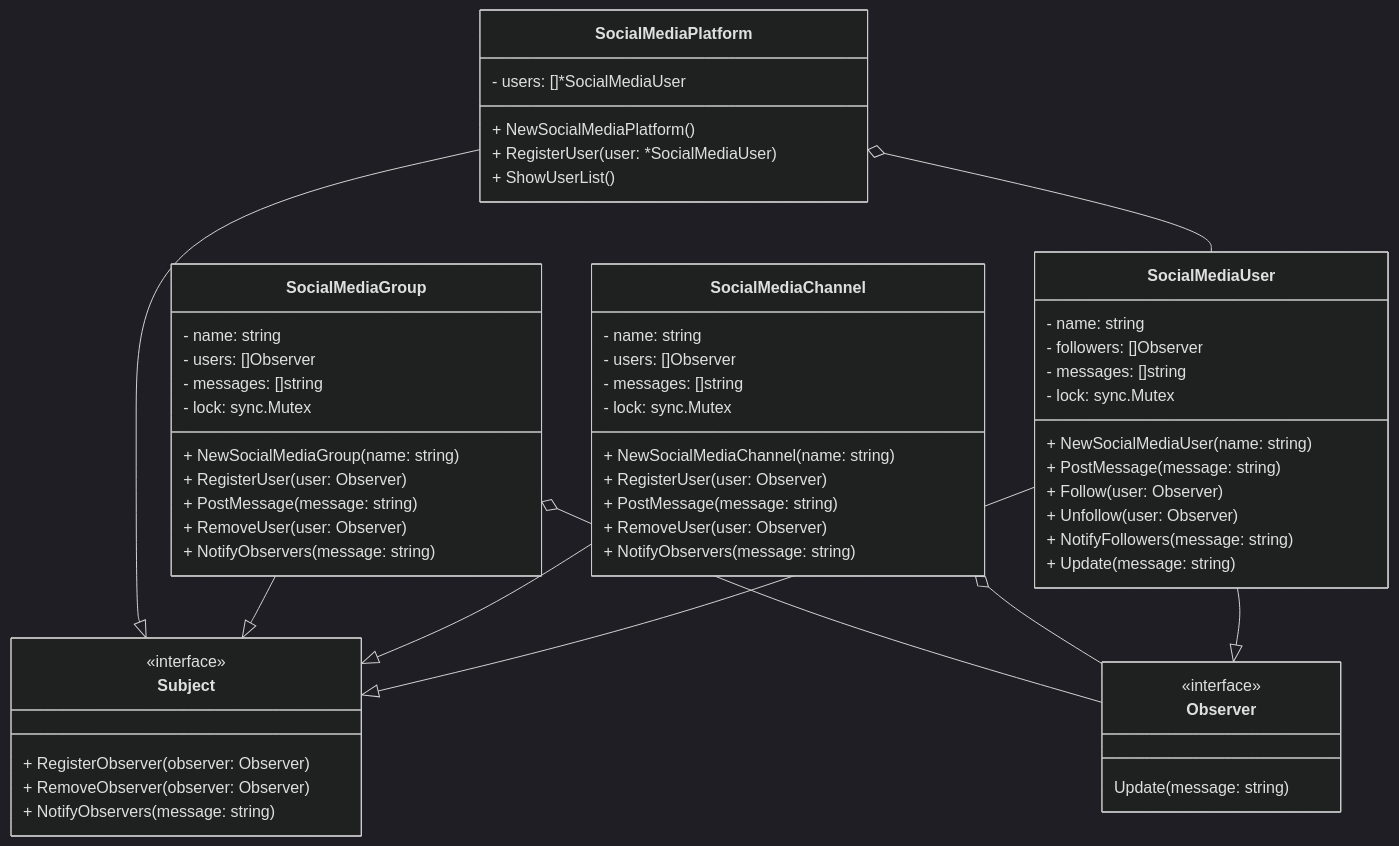
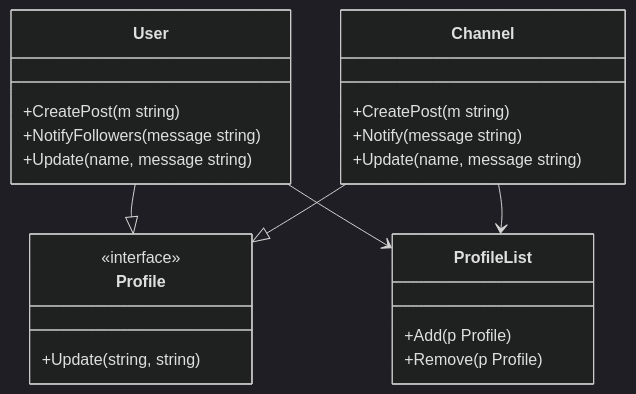
One commit to i-ms/design-pattern-golang changed the first of 2 diagrams in behavioral/observer/Readme.md. Above: the diagram before and after it, drawn with Mermaid (dark theme). The commit also changed other lines of this file and 2 other files, not shown here.

Commit message:
chore : refactoring

````diff
--- a/behavioral/observer/Readme.md
+++ b/behavioral/observer/Readme.md
@@ -55,67 +49,26 @@
 ```mermaid
 classDiagram
-    class SocialMediaUser {
-        - name: string
-        - followers: []Observer
-        - messages: []string
-        - lock: sync.Mutex
-        + NewSocialMediaUser(name: string)
-        + PostMessage(message: string)
-        + Follow(user: Observer)
-        + Unfollow(user: Observer)
-        + NotifyFollowers(message: string)
-        + Update(message: string)
+    class User {
+        +CreatePost(m string)
+        +NotifyFollowers(message string)
+        +Update(name, message string)
     }
+    class Channel {
+        +CreatePost(m string)
+        +Notify(message string)
+        +Update(name, message string)
+    }
+    class Profile {
+        <<interface>>
+        +Update(string, string)
+    }
+    class ProfileList {
+        +Add(p Profile)
+        +Remove(p Profile)
+    }
+    User --|> Profile
+    Channel --|> Profile
+    User --> ProfileList
+    Channel --> ProfileList
 
-    class SocialMediaChannel {
-        - name: string
-        - users: []Observer
-        - messages: []string
-        - lock: sync.Mutex
-        + NewSocialMediaChannel(name: string)
-        + RegisterUser(user: Observer)
-        + PostMessage(message: string)
-        + RemoveUser(user: Observer)
-        + NotifyObservers(message: string)
-    }
-
-    class SocialMediaGroup {
-        - name: string
-        - users: []Observer
-        - messages: []string
-        - lock: sync.Mutex
-        + NewSocialMediaGroup(name: string)
-        + RegisterUser(user: Observer)
-        + PostMessage(message: string)
-        + RemoveUser(user: Observer)
-        + NotifyObservers(message: string)
-    }
-
-    class SocialMediaPlatform {
-        - users: []*SocialMediaUser
-        + NewSocialMediaPlatform()
-        + RegisterUser(user: *SocialMediaUser)
-        + ShowUserList()
-    }
-
-    class Observer {
-        <<interface>>
-        Update(message: string)
-    }
-
-    class Subject {
-        <<interface>>
-        + RegisterObserver(observer: Observer)
-        + RemoveObserver(observer: Observer)
-        + NotifyObservers(message: string)
-    }
-
-     SocialMediaUser --|> Observer
-    SocialMediaUser --|> Subject
-    SocialMediaChannel --|> Subject
-    SocialMediaGroup --|> Subject
-    SocialMediaPlatform --|> Subject
-    SocialMediaPlatform o-- SocialMediaUser
-    SocialMediaChannel o-- Observer
-    SocialMediaGroup o-- Observer
 ```
````
